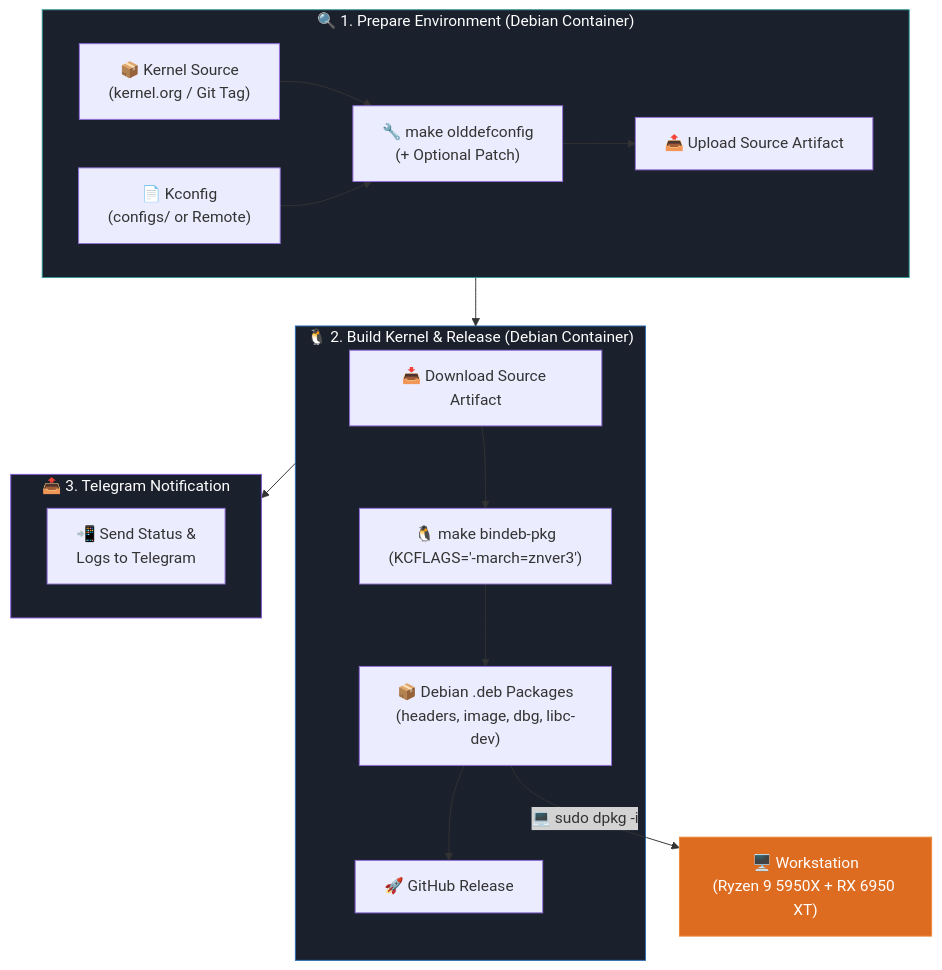
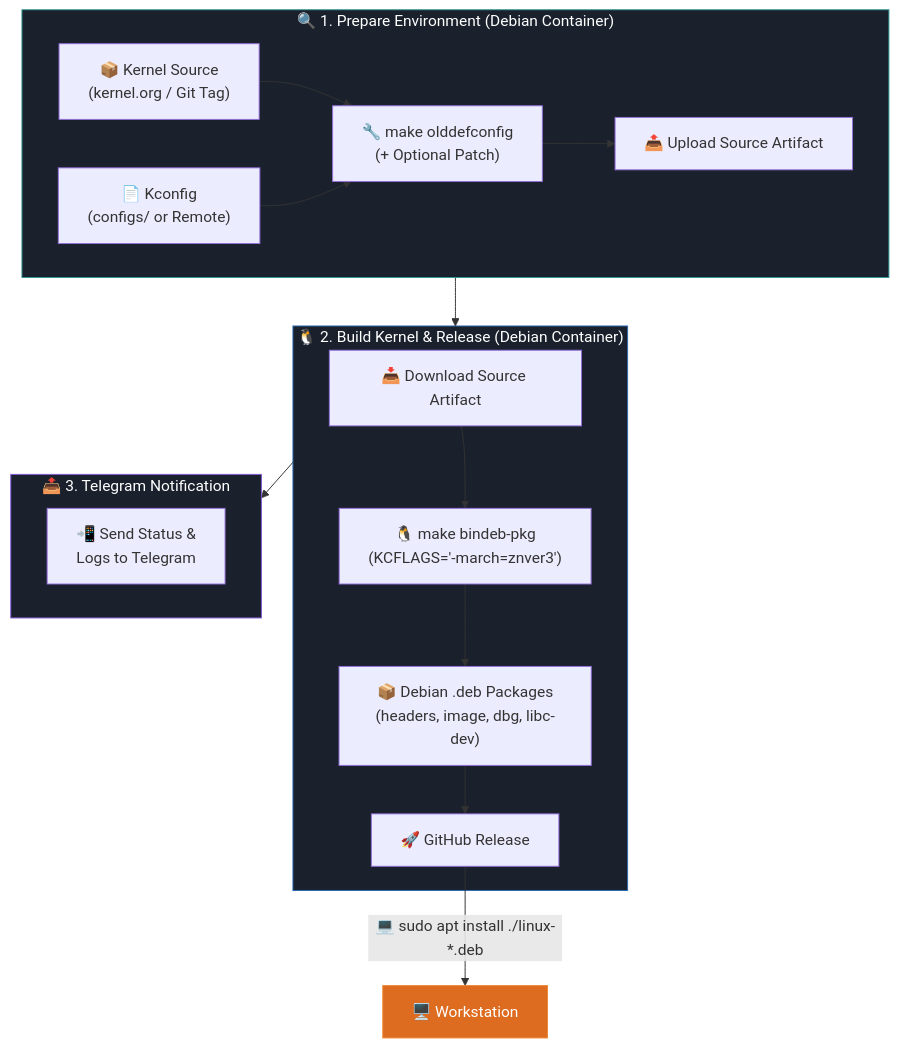
One commit to azagramac/linux-kernel changed the diagram in README.md. Above: the diagram before and after it, drawn with Mermaid. The commit also changed 1 other file, not shown here.

Commit message:
perf(ci): move disk cleanup and RAM cache drop exclusively to build-and-release job

````diff
--- a/README.md
+++ b/README.md
@@ -23,27 +23,27 @@
 ```mermaid
 graph TD
     subgraph Job1["🔍 1. Prepare Environment (Debian Container)"]
         A1["📦 Kernel Source<br/>(kernel.org / Git Tag)"] --> A3["🔧 make olddefconfig<br/>(+ Optional Patch)"]
         A2["📄 Kconfig<br/>(configs/ or Remote)"] --> A3
         A3 --> A4["📤 Upload Source Artifact"]
     end
 
     subgraph Job2["🐧 2. Build Kernel & Release (Debian Container)"]
         B1["📥 Download Source Artifact"] --> B2["🐧 make bindeb-pkg<br/>(KCFLAGS='-march=znver3')"]
         B2 --> B3["📦 Debian .deb Packages<br/>(headers, image, dbg, libc-dev)"]
         B3 --> B4["🚀 GitHub Release"]
     end
 
     subgraph Job3["📤 3. Telegram Notification"]
         C1["📲 Send Status &<br/>Logs to Telegram"]
     end
 
     Job1 --> Job2
     Job2 --> Job3
-    B3 -->|"💻 sudo dpkg -i"| D["🖥️ Workstation<br/>(Ryzen 9 5950X + RX 6950 XT)"]
+    B4 -->|"💻 sudo apt install ./linux-*.deb"| D["🖥️ Workstation<br/>"]
 
     style Job1 fill:#1a202c,stroke:#319795,color:#fff
     style Job2 fill:#1a202c,stroke:#2b6cb0,color:#fff
     style Job3 fill:#1a202c,stroke:#805ad5,color:#fff
     style D fill:#dd6b20,stroke:#ed8936,color:#fff
 ```
````
